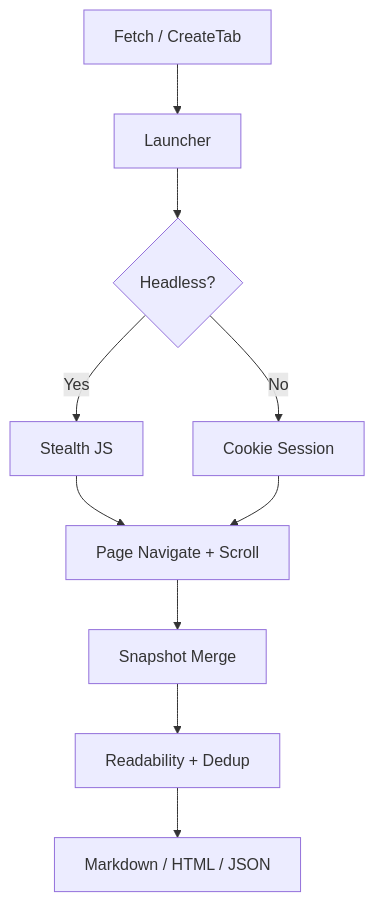
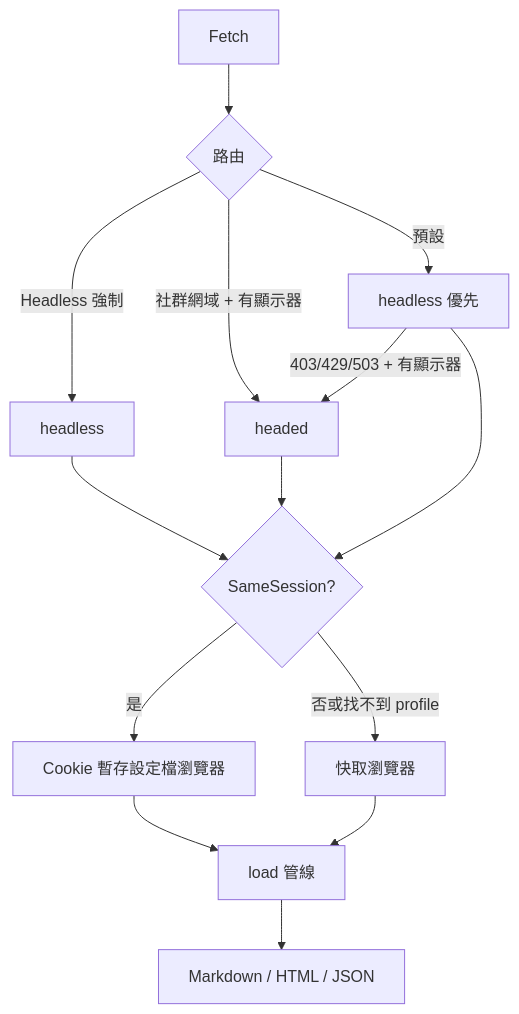
Before and after one commit to pardnchiu/go-browser: the first of 8 diagrams in doc/architecture.zh.md, drawn with Mermaid. The commit also changed other lines of this file and 5 other files, not shown here.

````diff
--- a/doc/architecture.zh.md
+++ b/doc/architecture.zh.md
@@ -7,12 +9,16 @@
 ```mermaid
 graph TB
-    A[Fetch / CreateTab] --> B[Launcher]
-    B --> C{Headless?}
-    C -->|Yes| D[Stealth JS]
-    C -->|No| E[Cookie Session]
-    D --> F[Page Navigate + Scroll]
+    A[Fetch] --> B{路由}
+    B -->|Headless 強制| C[headless]
+    B -->|社群網域 + 有顯示器| D[headed]
+    B -->|預設| E[headless 優先]
+    E -->|403/429/503 + 有顯示器| D
+    C --> F{SameSession?}
+    D --> F
     E --> F
-    F --> G[Snapshot Merge]
-    G --> H[Readability + Dedup]
-    H --> I[Markdown / HTML / JSON]
+    F -->|是| G[Cookie 暫存設定檔瀏覽器]
+    F -->|否或找不到 profile| H[快取瀏覽器]
+    G --> I[load 管線]
+    H --> I
+    I --> J[Markdown / HTML / JSON]
 ```
````
